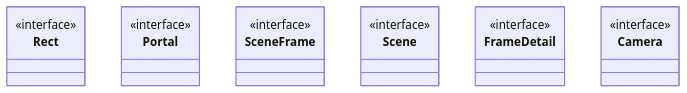
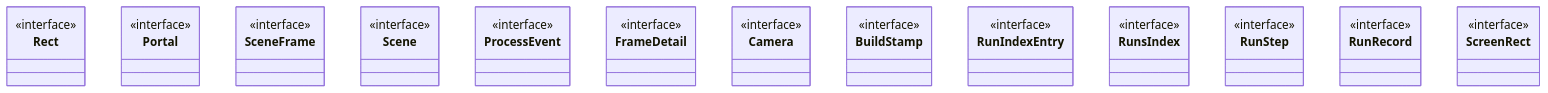
Before and after one commit to RyanGuild/self-describing-code: the second of 3 diagrams in docs/self-model/robby__site/src/viewer/index.md, drawn with Mermaid. The commit also changed other lines of this file and 413 other files, not shown here.

````diff
--- a/docs/self-model/robby__site/src/viewer/index.md
+++ b/docs/self-model/robby__site/src/viewer/index.md
@@ -45,21 +47,42 @@
 ```mermaid
 classDiagram
     class Rect {
         <<interface>>
     }
     class Portal {
         <<interface>>
     }
     class SceneFrame {
         <<interface>>
     }
     class Scene {
         <<interface>>
     }
+    class ProcessEvent {
+        <<interface>>
+    }
     class FrameDetail {
         <<interface>>
     }
     class Camera {
         <<interface>>
     }
+    class BuildStamp {
+        <<interface>>
+    }
+    class RunIndexEntry {
+        <<interface>>
+    }
+    class RunsIndex {
+        <<interface>>
+    }
+    class RunStep {
+        <<interface>>
+    }
+    class RunRecord {
+        <<interface>>
+    }
+    class ScreenRect {
+        <<interface>>
+    }
 ```
````
